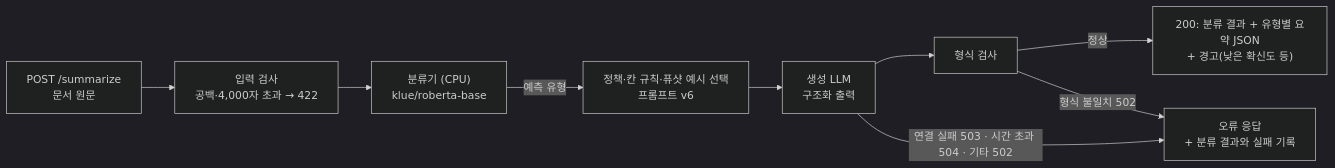
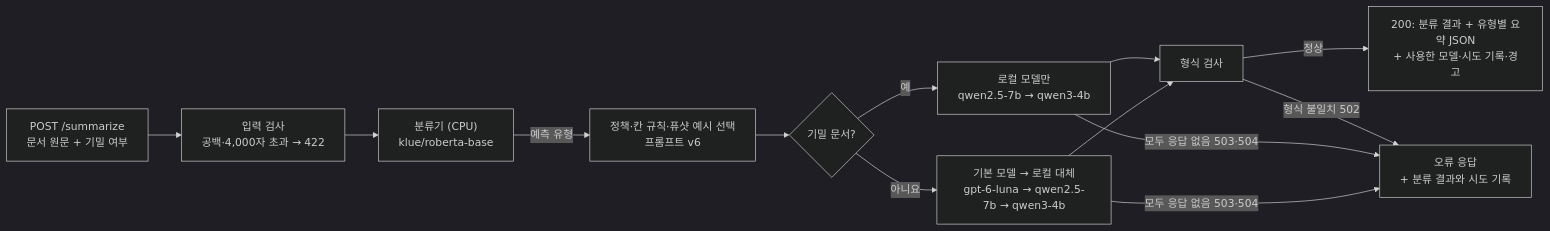
One commit to AI3526/doc-classifier-summarizer-chain changed the diagram in reports/model_selection_report.md. Above: the diagram before and after it, drawn with Mermaid (dark theme). The commit also changed other lines of this file and 25 other files, not shown here.

````diff
--- a/reports/model_selection_report.md
+++ b/reports/model_selection_report.md
@@ -230,11 +230,15 @@
 ```mermaid
 flowchart LR
-    A["POST /summarize<br/>문서 원문"] --> B["입력 검사<br/>공백·4,000자 초과 → 422"]
+    A["POST /summarize<br/>문서 원문 + 기밀 여부"] --> B["입력 검사<br/>공백·4,000자 초과 → 422"]
     B --> C["분류기 (CPU)<br/>klue/roberta-base"]
     C -->|예측 유형| D["정책·칸 규칙·퓨샷 예시 선택<br/>프롬프트 v6"]
-    D --> E["생성 LLM<br/>구조화 출력"]
-    E --> F["형식 검사"]
-    F -->|정상| G["200: 분류 결과 + 유형별 요약 JSON<br/>+ 경고(낮은 확신도 등)"]
-    E -->|연결 실패 503 · 시간 초과 504 · 기타 502| H["오류 응답<br/>+ 분류 결과와 실패 기록"]
-    F -->|형식 불일치 502| H
+    D --> R{"기밀 문서?"}
+    R -->|예| L["로컬 모델만<br/>qwen2.5-7b → qwen3-4b"]
+    R -->|아니요| N["기본 모델 → 로컬 대체<br/>gpt-6-luna → qwen2.5-7b → qwen3-4b"]
+    L --> F["형식 검사"]
+    N --> F
+    F -->|정상| G["200: 분류 결과 + 유형별 요약 JSON<br/>+ 사용한 모델·시도 기록·경고"]
+    F -->|형식 불일치 502| H["오류 응답<br/>+ 분류 결과와 시도 기록"]
+    L -->|모두 응답 없음 503·504| H
+    N -->|모두 응답 없음 503·504| H
 ```
````
